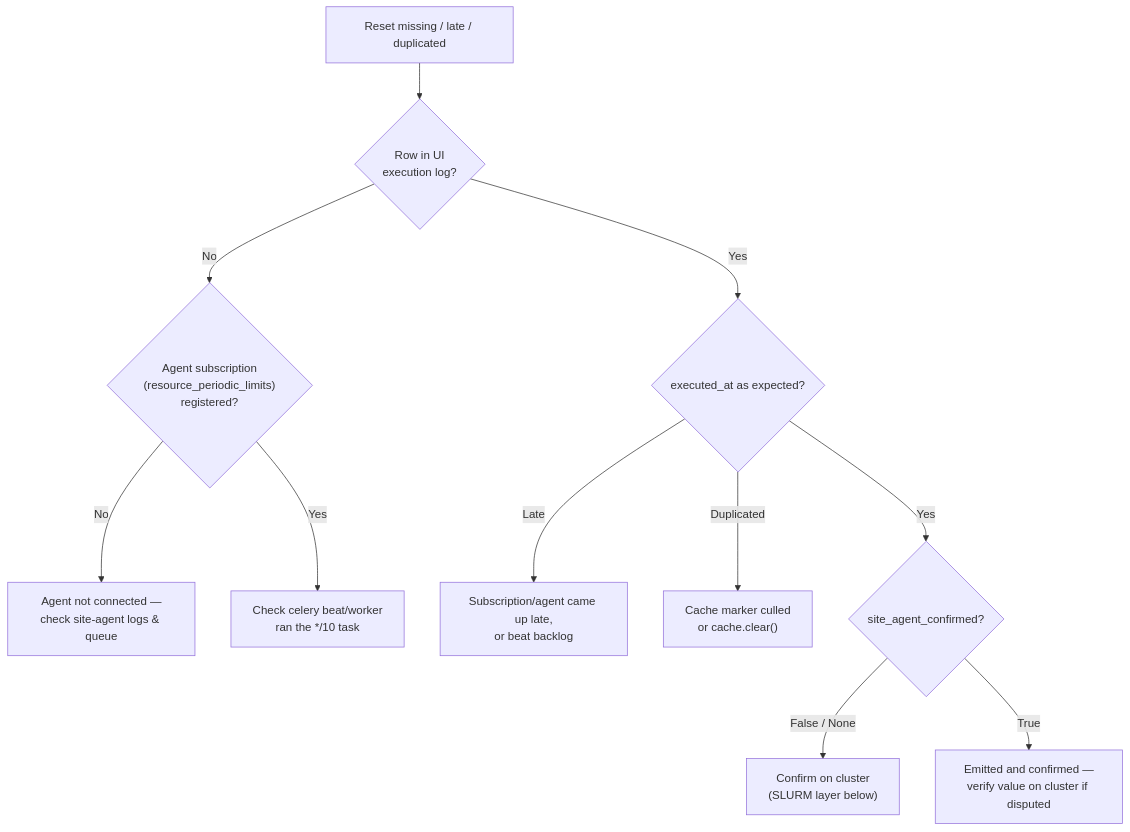
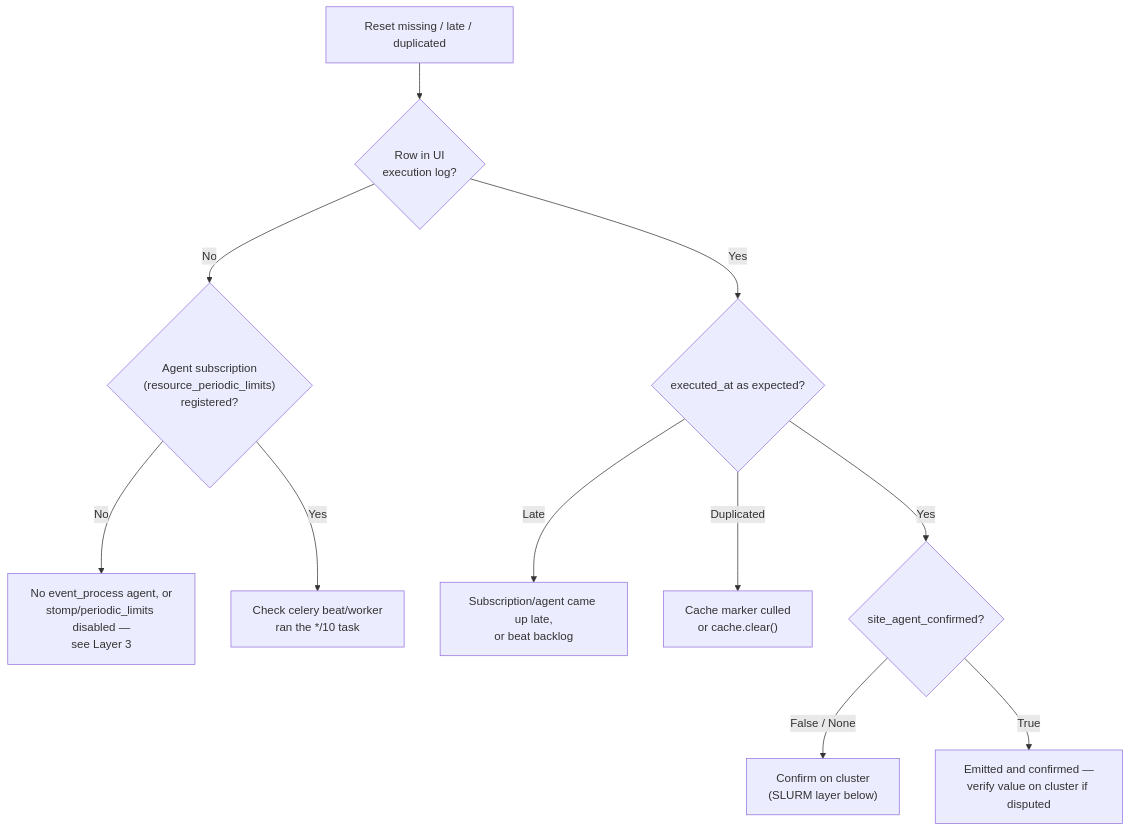
Before and after one commit to waldur/waldur-docs: the fourth of 4 diagrams in docs/admin-guide/operators/slurm-periodic-usage-policies.md, drawn with Mermaid. The commit also changed other lines of this file, not shown here.

Commit message:
Name the event_process agent mode in periodic policy debugging [WAL-10186]

````diff
--- a/docs/admin-guide/operators/slurm-periodic-usage-policies.md
+++ b/docs/admin-guide/operators/slurm-periodic-usage-policies.md
@@ -174,13 +174,13 @@
 ```mermaid
 flowchart TD
     Start["Reset missing / late / duplicated"] --> UI{"Row in UI<br/>execution log?"}
     UI -- No --> Sub{"Agent subscription<br/>(resource_periodic_limits)<br/>registered?"}
-    Sub -- No --> FixSub["Agent not connected —<br/>check site-agent logs & queue"]
+    Sub -- No --> FixSub["No event_process agent, or<br/>stomp/periodic_limits disabled —<br/>see Layer 3"]
     Sub -- Yes --> Beat["Check celery beat/worker<br/>ran the */10 task"]
     UI -- Yes --> Time{"executed_at as expected?"}
     Time -- "Late" --> Late["Subscription/agent came up late,<br/>or beat backlog"]
     Time -- "Duplicated" --> Evict["Cache marker culled<br/>or cache.clear()"]
     Time -- "Yes" --> Confirmed{"site_agent_confirmed?"}
     Confirmed -- "False / None" --> AgentSLURM["Confirm on cluster<br/>(SLURM layer below)"]
     Confirmed -- "True" --> Done["Emitted and confirmed —<br/>verify value on cluster if disputed"]
 ```
````
